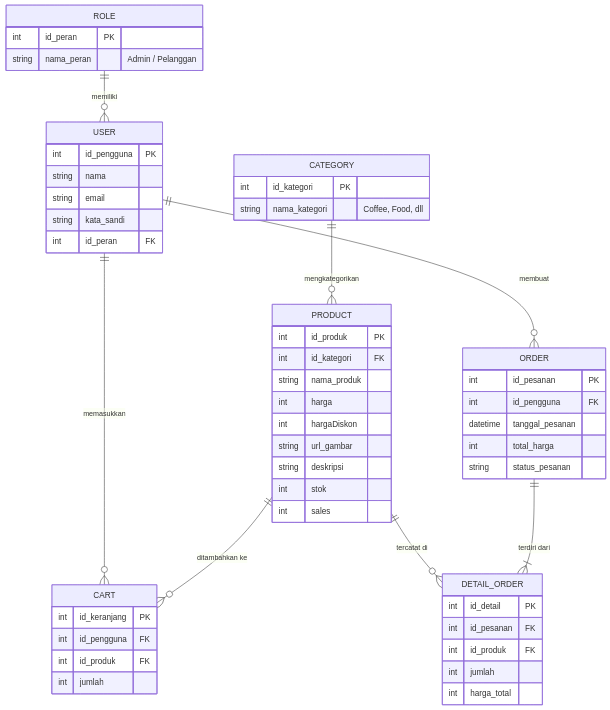
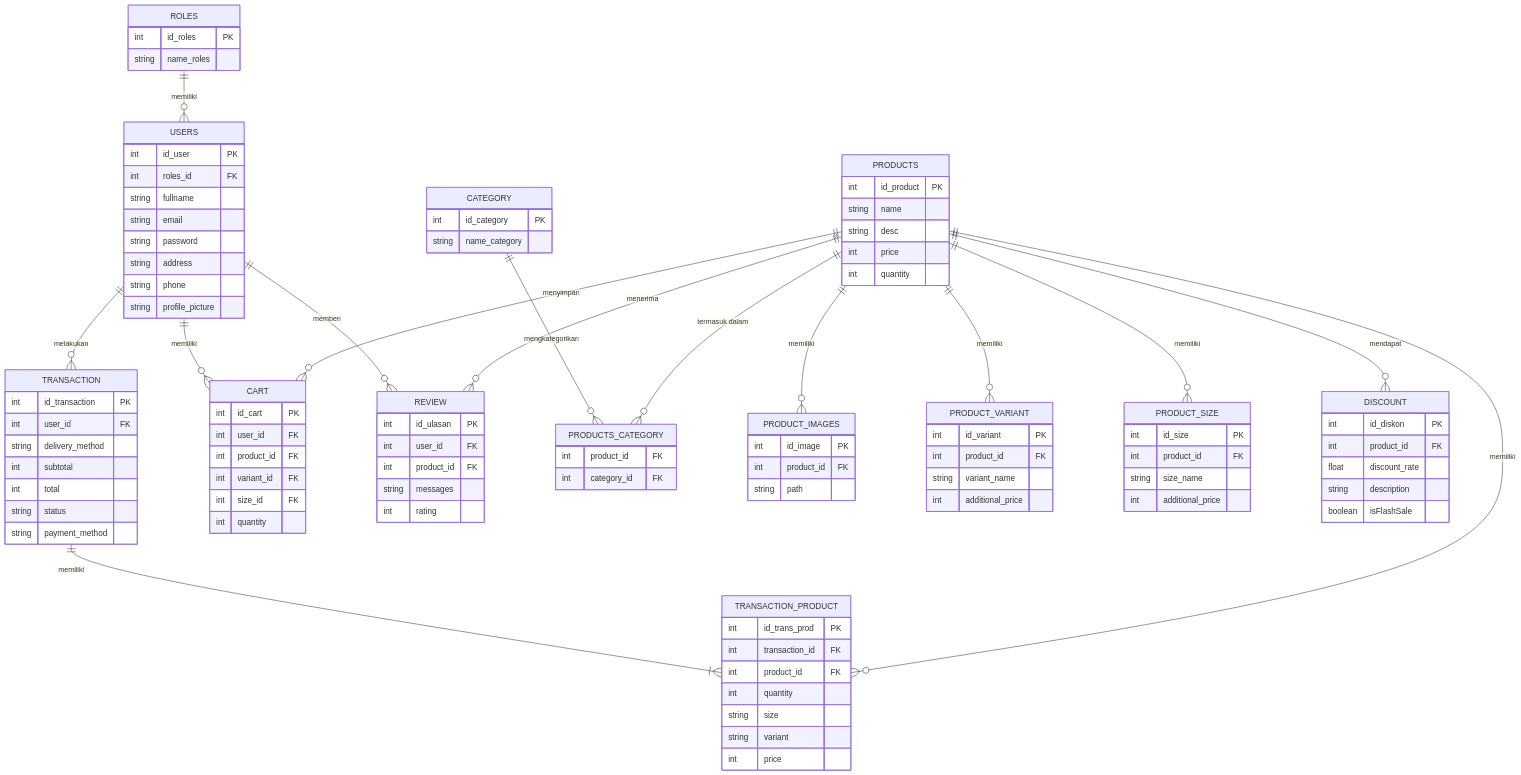
Before and after one commit to Vincentius31/koda-b6-db: the diagram in README.md, drawn with Mermaid.

Commit message:
feat: upgrade the ERD that now using normalization form

````diff
--- a/README.md
+++ b/README.md
@@ -3,63 +3,120 @@
 ```mermaid
 erDiagram
-    ROLE ||--o{ USER : "memiliki"
-    CATEGORY ||--o{ PRODUCT : "mengkategorikan"
-    USER ||--o{ CART : "memasukkan"
-    USER ||--o{ ORDER : "membuat"
-    PRODUCT ||--o{ CART : "ditambahkan ke"
-    PRODUCT ||--o{ DETAIL_ORDER : "tercatat di"
-    ORDER ||--|{ DETAIL_ORDER : "terdiri dari"
+    ROLES ||--o{ USERS : "memiliki"
+    USERS ||--o{ TRANSACTION : "melakukan"
+    USERS ||--o{ CART : "memiliki"
+    USERS ||--o{ REVIEW : "memberi"
 
-    USER {
-        int id_pengguna PK
-        string nama
-        string email
-        string kata_sandi
-        int id_peran FK
+    CATEGORY ||--o{ PRODUCTS_CATEGORY : "mengkategorikan"
+    PRODUCTS ||--o{ PRODUCTS_CATEGORY : "termasuk dalam"
+    
+    PRODUCTS ||--o{ PRODUCT_IMAGES : "memiliki"
+    PRODUCTS ||--o{ PRODUCT_VARIANT : "memiliki"
+    PRODUCTS ||--o{ PRODUCT_SIZE : "memiliki"
+    PRODUCTS ||--o{ DISCOUNT : "mendapat"
+    PRODUCTS ||--o{ REVIEW : "menerima"
+    PRODUCTS ||--o{ CART : "menyimpan"
+
+    TRANSACTION ||--|{ TRANSACTION_PRODUCT : "memiliki"
+    PRODUCTS ||--o{ TRANSACTION_PRODUCT : "memiliki"
+
+    ROLES {
+        int id_roles PK
+        string name_roles
     }
 
-    ROLE {
-        int id_peran PK
-        string nama_peran "Admin / Pelanggan"
+    USERS {
+        int id_user PK
+        int roles_id FK
+        string fullname
+        string email
+        string password
+        string address
+        string phone
+        string profile_picture
+    }
+
+    PRODUCTS {
+        int id_product PK
+        string name
+        string desc
+        int price
+        int quantity
     }
 
     CATEGORY {
-        int id_kategori PK
-        string nama_kategori "Coffee, Food, dll"
+        int id_category PK
+        string name_category
     }
 
-    PRODUCT {
-        int id_produk PK
-        int id_kategori FK
-        string nama_produk
-        int harga
-        int hargaDiskon
-        string url_gambar
-        string deskripsi
-        int stok
-        int sales
+    PRODUCTS_CATEGORY {
+        int product_id FK
+        int category_id FK
+    }
+
+    DISCOUNT {
+        int id_diskon PK
+        int product_id FK
+        float discount_rate
+        string description
+        boolean isFlashSale
+    }
+
+    PRODUCT_VARIANT {
+        int id_variant PK
+        int product_id FK
+        string variant_name
+        int additional_price
+    }
+
+    PRODUCT_SIZE {
+        int id_size PK
+        int product_id FK
+        string size_name
+        int additional_price
     }
 
     CART {
-        int id_keranjang PK
-        int id_pengguna FK
-        int id_produk FK
-        int jumlah
+        int id_cart PK
+        int user_id FK
+        int product_id FK
+        int variant_id FK
+        int size_id FK
+        int quantity
     }
 
-    ORDER {
-        int id_pesanan PK
-        int id_pengguna FK
-        datetime tanggal_pesanan
-        int total_harga
-        string status_pesanan
+    TRANSACTION {
+        int id_transaction PK
+        int user_id FK
+        string delivery_method
+        int subtotal
+        int total
+        string status
+        string payment_method
     }
 
-    DETAIL_ORDER {
-        int id_detail PK
-        int id_pesanan FK
-        int id_produk FK
-        int jumlah
-        int harga_total
-    }   
+    TRANSACTION_PRODUCT {
+        int id_trans_prod PK
+        int transaction_id FK
+        int product_id FK
+        int quantity
+        string size
+        string variant
+        int price
+    }
+
+    REVIEW {
+        int id_ulasan PK
+        int user_id FK
+        int product_id FK
+        string messages
+        int rating
+    }
+
+    PRODUCT_IMAGES {
+        int id_image PK
+        int product_id FK
+        string path
+    }
+
 ```
````
